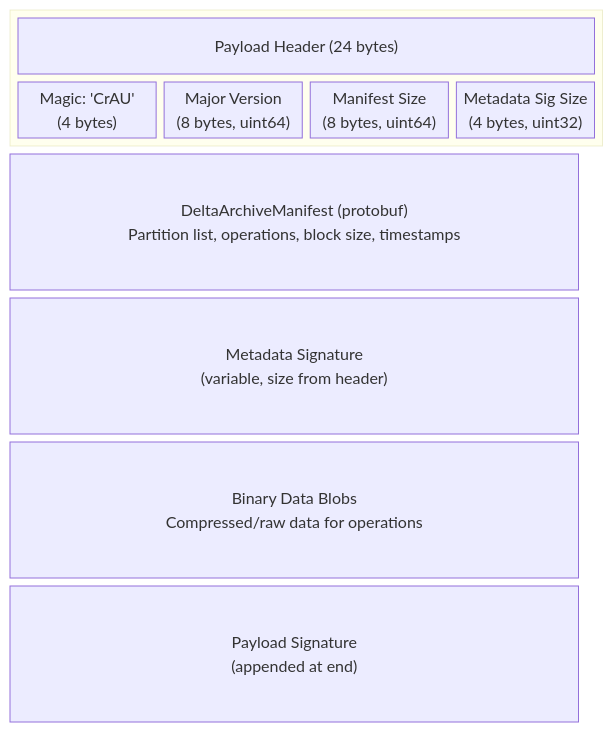
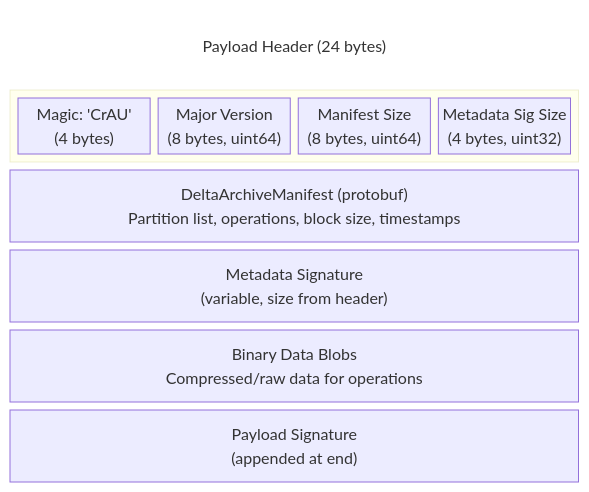
Before and after one commit to aospbooks/aosp-internal-book: the sixth of 36 diagrams in 53-ota-updates.md, drawn with Mermaid.

Commit message:
53-ota-updates: align widths and drop label rectangle in 53.3.1 diagram
The previous version put 'Payload Header (24 bytes)' inside the
parent block as a styled cell, leaving the parent rectangle ~24px
wider than the full-width rows below.

Restructure so:

  - 'Payload Header (24 bytes)' sits at the same column-1 level as
    the bottom rows, styled transparent (no fill, no border) so it
    renders as plain text only.
  - The four 4/8/8/4-byte cells are wrapped in their own enclosing
    rectangle ('cells' block) at the same column-1 level.

All blocks now share the same 591px width, so the header rectangle,
the cells rectangle, and every bottom row line up cleanly.

````diff
--- a/53-ota-updates.md
+++ b/53-ota-updates.md
@@ -468,16 +468,18 @@
 ```mermaid
 block-beta
     columns 1
-    block:header
+    hdr_label["Payload Header (24 bytes)"]
+    block:cells
         columns 4
-        hdr_label["Payload Header (24 bytes)"]:4
         magic["Magic: 'CrAU'<br/>(4 bytes)"]
         version["Major Version<br/>(8 bytes, uint64)"]
         manifest_size["Manifest Size<br/>(8 bytes, uint64)"]
         sig_size["Metadata Sig Size<br/>(4 bytes, uint32)"]
     end
     manifest["DeltaArchiveManifest (protobuf)<br/>Partition list, operations, block size, timestamps"]
     metadata_sig["Metadata Signature<br/>(variable, size from header)"]
     blobs["Binary Data Blobs<br/>Compressed/raw data for operations"]
     payload_sig["Payload Signature<br/>(appended at end)"]
+    classDef titleOnly fill:transparent,stroke:transparent
+    class hdr_label titleOnly
 ```
````
